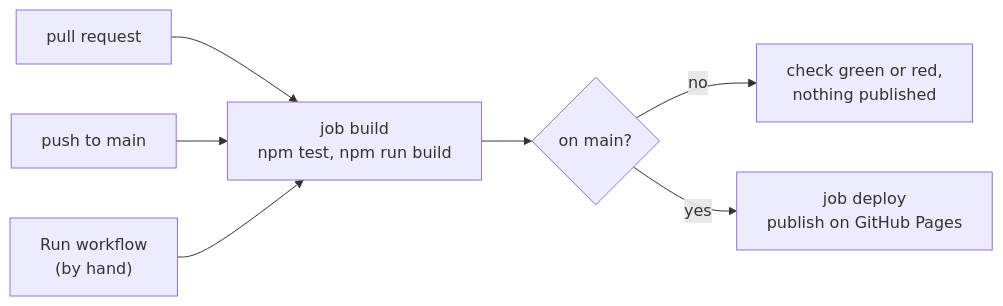
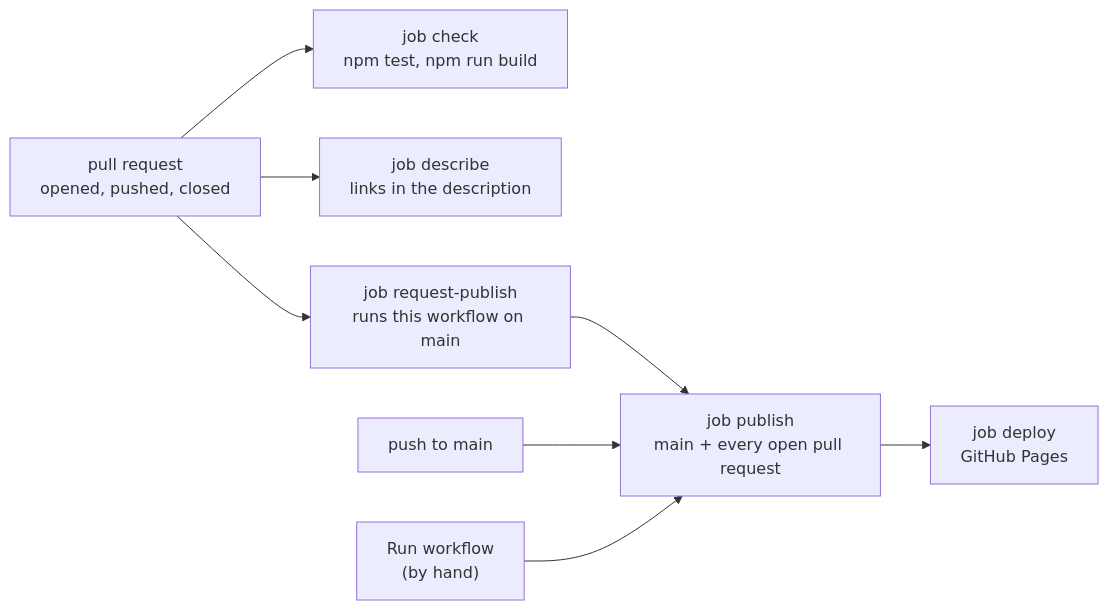
One commit to thomaswening/doubting-thomas changed the diagram in tools/site/README.md. Above: the diagram before and after it, drawn with Mermaid. The commit also changed other lines of this file and 10 other files, not shown here.

First line of the commit message:
feat(repo): preview every open pull request on the reading site

````diff
--- a/tools/site/README.md
+++ b/tools/site/README.md
@@ -17,9 +25,10 @@
 ```mermaid
 flowchart LR
-  pr["pull request"] --> build["job build<br/>npm test, npm run build"]
-  push["push to main"] --> build
-  manual["Run workflow<br/>(by hand)"] --> build
-  build --> main{"on main?"}
-  main -- "no" --> done["check green or red,<br/>nothing published"]
-  main -- "yes" --> deploy["job deploy<br/>publish on GitHub Pages"]
+  pr["pull request<br/>opened, pushed, closed"] --> check["job check<br/>npm test, npm run build"]
+  pr --> describe["job describe<br/>links in the description"]
+  pr --> request["job request-publish<br/>runs this workflow on main"]
+  request --> publish
+  push["push to main"] --> publish["job publish<br/>main + every open pull request"]
+  manual["Run workflow<br/>(by hand)"] --> publish
+  publish --> deploy["job deploy<br/>GitHub Pages"]
 ```
````
